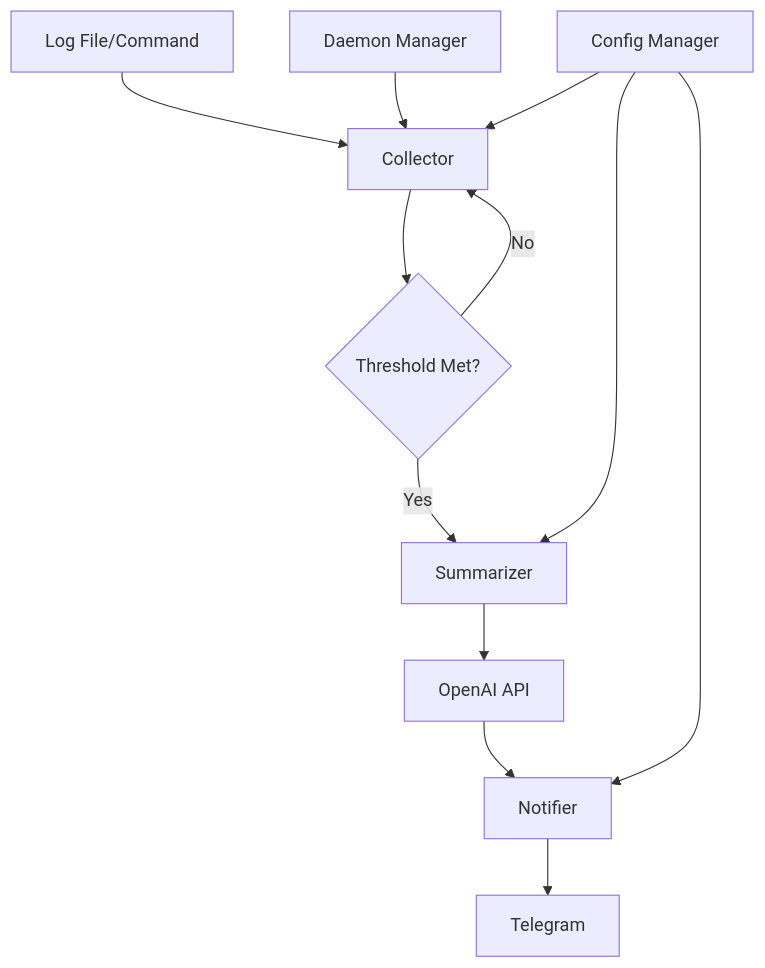
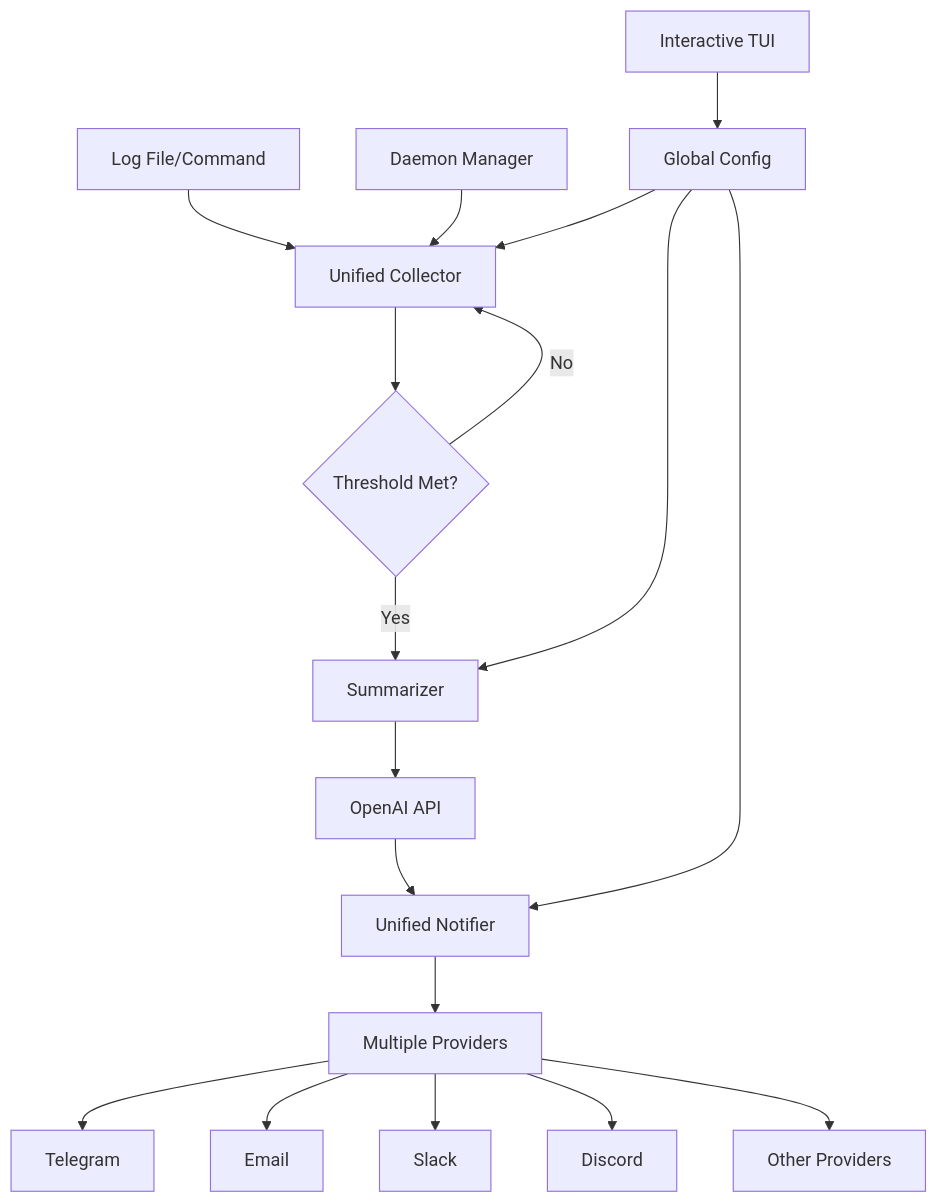
One commit to shiquda/lai changed the diagram in docs/ARCHITECTURE.md. Above: the diagram before and after it, drawn with Mermaid. The commit also changed other lines of this file, not shown here.

First line of the commit message:
docs: update and verify architecture documentation

````diff
--- a/docs/ARCHITECTURE.md
+++ b/docs/ARCHITECTURE.md
@@ -131,15 +227,22 @@
 ```mermaid
 graph TD
-    A[Log File/Command] --> B[Collector]
+    A[Log File/Command] --> B[Unified Collector]
     B --> C{Threshold Met?}
     C -->|Yes| D[Summarizer]
     C -->|No| B
     D --> E[OpenAI API]
-    E --> F[Notifier]
-    F --> G[Telegram]
+    E --> F[Unified Notifier]
+    F --> G[Multiple Providers]
     
     H[Daemon Manager] --> B
-    I[Config Manager] --> B
+    I[Global Config] --> B
     I --> D
     I --> F
+    J[Interactive TUI] --> I
+    
+    G --> K[Telegram]
+    G --> L[Email]
+    G --> M[Slack]
+    G --> N[Discord]
+    G --> O[Other Providers]
 ```
````
